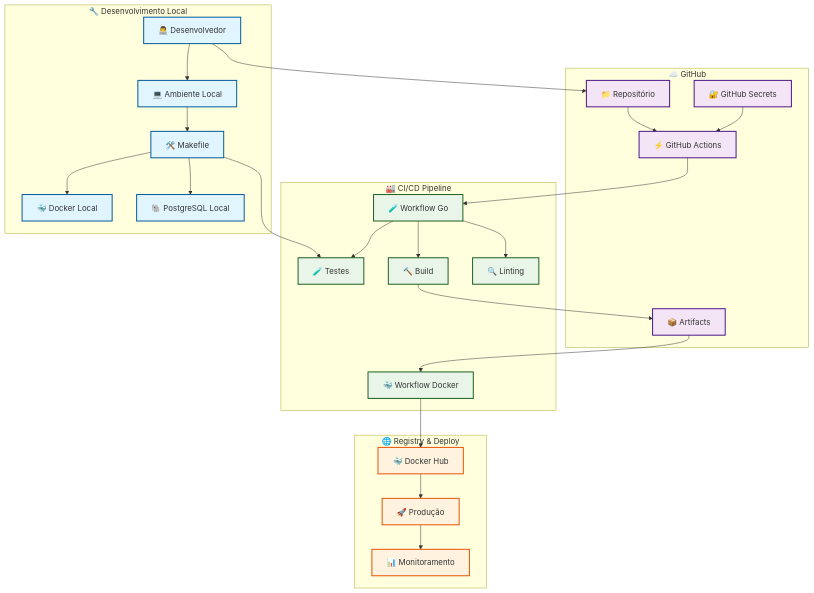
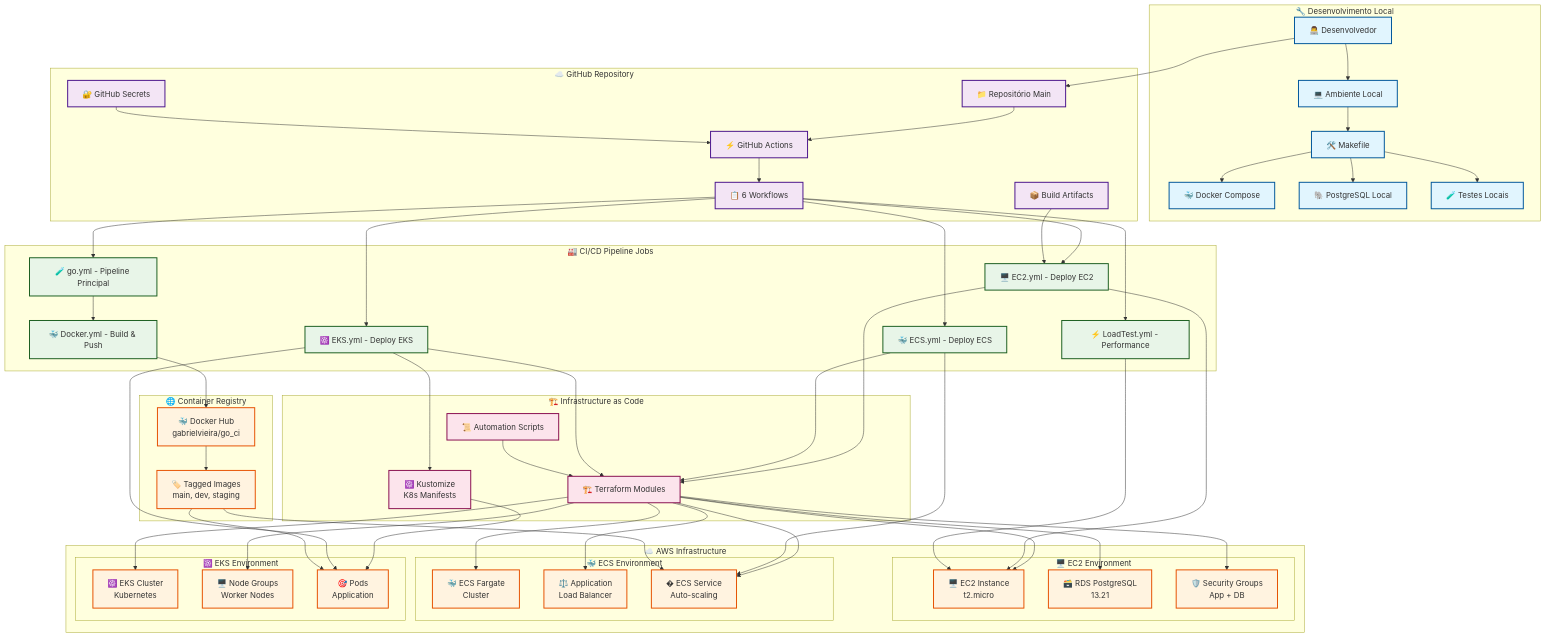
One commit to gabrielvieira1/integracao-continua-docker-github-actions changed the first of 10 diagrams in ARCHITECTURE.md. Above: the diagram before and after it, drawn with Mermaid. The commit also changed other lines of this file and 5 other files, not shown here.

````diff
--- a/ARCHITECTURE.md
+++ b/ARCHITECTURE.md
@@ -8,29 +8,57 @@
         DEV[👨‍💻 Desenvolvedor]
         LOCAL[💻 Ambiente Local]
         MAKE[🛠️ Makefile]
-        DOCKER_LOCAL[🐳 Docker Local]
+        DOCKER_LOCAL[🐳 Docker Compose]
         DB_LOCAL[🐘 PostgreSQL Local]
+        TESTS[🧪 Testes Locais]
     end
 
-    subgraph "☁️ GitHub"
-        REPO[📁 Repositório]
+    subgraph "☁️ GitHub Repository"
+        REPO[📁 Repositório Main]
         ACTIONS[⚡ GitHub Actions]
         SECRETS[🔐 GitHub Secrets]
-        ARTIFACTS[📦 Artifacts]
+        ARTIFACTS[📦 Build Artifacts]
+        WORKFLOWS[📋 6 Workflows]
     end
 
-    subgraph "🏭 CI/CD Pipeline"
-        WORKFLOW_GO[🧪 Workflow Go]
-        WORKFLOW_DOCKER[🐳 Workflow Docker]
-        TESTS[🧪 Testes]
-        BUILD[🔨 Build]
-        LINT[🔍 Linting]
+    subgraph "🏭 CI/CD Pipeline Jobs"
+        WORKFLOW_GO[🧪 go.yml - Pipeline Principal]
+        WORKFLOW_DOCKER[🐳 Docker.yml - Build & Push]
+        WORKFLOW_EC2[🖥️ EC2.yml - Deploy EC2]
+        WORKFLOW_ECS[🐳 ECS.yml - Deploy ECS]
+        WORKFLOW_EKS[☸️ EKS.yml - Deploy EKS]
+        WORKFLOW_LOAD[⚡ LoadTest.yml - Performance]
     end
 
-    subgraph "🌐 Registry & Deploy"
-        DOCKER_HUB[🐳 Docker Hub]
-        PROD_ENV[🚀 Produção]
-        MONITORING[📊 Monitoramento]
+    subgraph "🌐 Container Registry"
+        DOCKER_HUB[🐳 Docker Hub<br/>gabrielvieira/go_ci]
+        IMAGE_TAGS[🏷️ Tagged Images<br/>main, dev, staging]
+    end
+
+    subgraph "☁️ AWS Infrastructure"
+        subgraph "🖥️ EC2 Environment"
+            EC2_INSTANCE[🖥️ EC2 Instance<br/>t2.micro]
+            RDS_DB[🗃️ RDS PostgreSQL<br/>13.21]
+            SEC_GROUPS[🛡️ Security Groups<br/>App + DB]
+        end
+        
+        subgraph "🐳 ECS Environment"
+            ECS_CLUSTER[🐳 ECS Fargate<br/>Cluster]
+            ALB[⚖️ Application<br/>Load Balancer]
+            ECS_SERVICE[� ECS Service<br/>Auto-scaling]
+        end
+        
+        subgraph "☸️ EKS Environment"
+            EKS_CLUSTER[☸️ EKS Cluster<br/>Kubernetes]
+            NODE_GROUPS[🖥️ Node Groups<br/>Worker Nodes]
+            K8S_PODS[🎯 Pods<br/>Application]
+        end
+    end
+
+    subgraph "🏗️ Infrastructure as Code"
+        TERRAFORM[🏗️ Terraform Modules]
+        KUSTOMIZE[☸️ Kustomize<br/>K8s Manifests]
+        SCRIPTS[📜 Automation Scripts]
     end
 
     %% Fluxo de desenvolvimento
@@ -46,26 +74,58 @@
     SECRETS --> ACTIONS
 
     %% Pipeline CI/CD
-    ACTIONS --> WORKFLOW_GO
-    WORKFLOW_GO --> TESTS
-    WORKFLOW_GO --> BUILD
-    WORKFLOW_GO --> LINT
-    BUILD --> ARTIFACTS
-    ARTIFACTS --> WORKFLOW_DOCKER
+    ACTIONS --> WORKFLOWS
+    WORKFLOWS --> WORKFLOW_GO
+    WORKFLOW_GO --> WORKFLOW_DOCKER
     WORKFLOW_DOCKER --> DOCKER_HUB
+    DOCKER_HUB --> IMAGE_TAGS
 
-    %% Deploy
-    DOCKER_HUB --> PROD_ENV
-    PROD_ENV --> MONITORING
+    %% Deploy workflows
+    WORKFLOWS --> WORKFLOW_EC2
+    WORKFLOWS --> WORKFLOW_ECS
+    WORKFLOWS --> WORKFLOW_EKS
+    WORKFLOWS --> WORKFLOW_LOAD
+
+    %% Infrastructure provisioning
+    WORKFLOW_EC2 --> TERRAFORM
+    WORKFLOW_ECS --> TERRAFORM
+    WORKFLOW_EKS --> TERRAFORM
+    WORKFLOW_EKS --> KUSTOMIZE
+    
+    TERRAFORM --> EC2_INSTANCE
+    TERRAFORM --> RDS_DB
+    TERRAFORM --> SEC_GROUPS
+    TERRAFORM --> ECS_CLUSTER
+    TERRAFORM --> ALB
+    TERRAFORM --> ECS_SERVICE
+    TERRAFORM --> EKS_CLUSTER
+    TERRAFORM --> NODE_GROUPS
+    
+    KUSTOMIZE --> K8S_PODS
+
+    %% Deploy destinations
+    WORKFLOW_EC2 --> EC2_INSTANCE
+    WORKFLOW_ECS --> ECS_SERVICE
+    WORKFLOW_EKS --> K8S_PODS
+    WORKFLOW_LOAD --> EC2_INSTANCE
+
+    ARTIFACTS --> WORKFLOW_EC2
+    IMAGE_TAGS --> ECS_SERVICE
+    IMAGE_TAGS --> K8S_PODS
+
+    %% Scripts
+    SCRIPTS --> TERRAFORM
 
     %% Styling
     classDef devClass fill:#e1f5fe,stroke:#01579b,stroke-width:2px
     classDef githubClass fill:#f3e5f5,stroke:#4a148c,stroke-width:2px
     classDef cicdClass fill:#e8f5e8,stroke:#1b5e20,stroke-width:2px
-    classDef deployClass fill:#fff3e0,stroke:#e65100,stroke-width:2px
+    classDef awsClass fill:#fff3e0,stroke:#e65100,stroke-width:2px
+    classDef infraClass fill:#fce4ec,stroke:#880e4f,stroke-width:2px
 
-    class DEV,LOCAL,MAKE,DOCKER_LOCAL,DB_LOCAL devClass
-    class REPO,ACTIONS,SECRETS,ARTIFACTS githubClass
-    class WORKFLOW_GO,WORKFLOW_DOCKER,TESTS,BUILD,LINT cicdClass
-    class DOCKER_HUB,PROD_ENV,MONITORING deployClass
+    class DEV,LOCAL,MAKE,DOCKER_LOCAL,DB_LOCAL,TESTS devClass
+    class REPO,ACTIONS,SECRETS,ARTIFACTS,WORKFLOWS githubClass
+    class WORKFLOW_GO,WORKFLOW_DOCKER,WORKFLOW_EC2,WORKFLOW_ECS,WORKFLOW_EKS,WORKFLOW_LOAD cicdClass
+    class DOCKER_HUB,IMAGE_TAGS,EC2_INSTANCE,RDS_DB,SEC_GROUPS,ECS_CLUSTER,ALB,ECS_SERVICE,EKS_CLUSTER,NODE_GROUPS,K8S_PODS awsClass
+    class TERRAFORM,KUSTOMIZE,SCRIPTS infraClass
 ```
````
